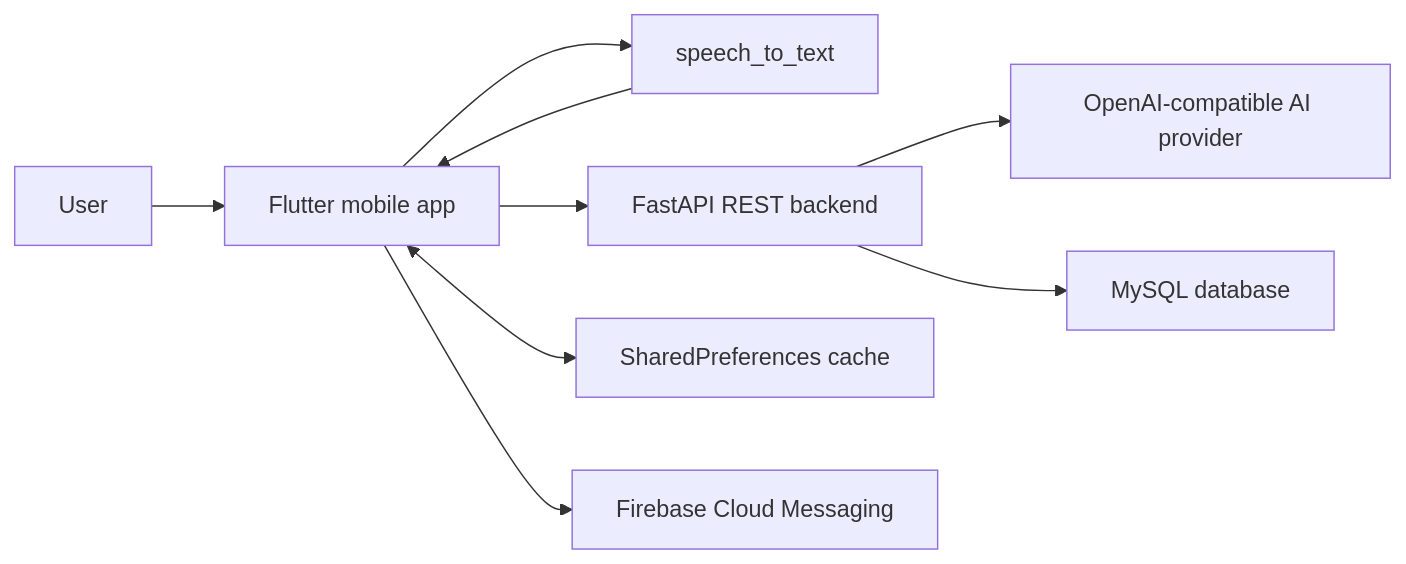
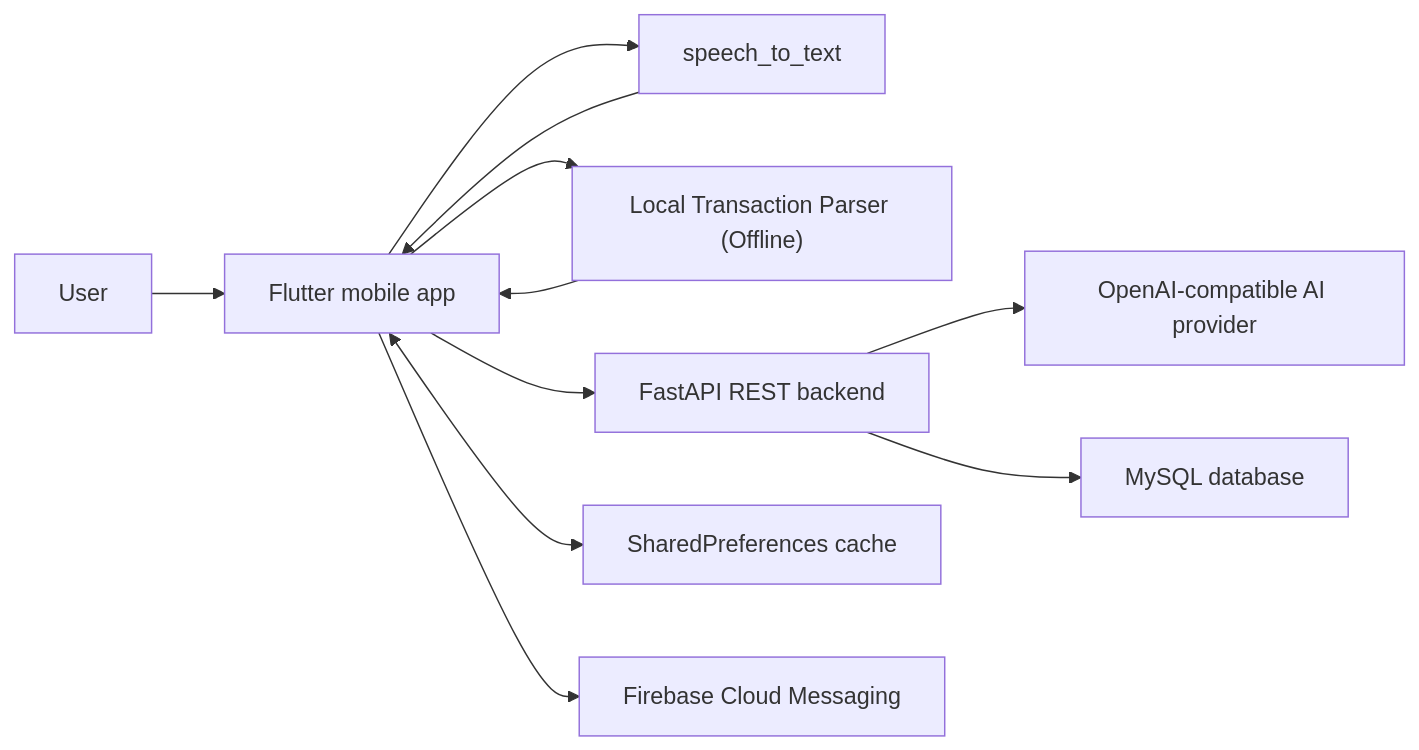
One commit to ttanh00123/projectfina changed the first of 5 diagrams in TECHNICAL_OVERVIEW.md. Above: the diagram before and after it, drawn with Mermaid. The commit also changed other lines of this file, not shown here.

````diff
--- a/TECHNICAL_OVERVIEW.md
+++ b/TECHNICAL_OVERVIEW.md
@@ -17,20 +13,23 @@
 ```mermaid
 flowchart LR
     User["User"]
     App["Flutter mobile app"]
     STT["speech_to_text"]
+    LocalParser["Local Transaction Parser (Offline)"]
     API["FastAPI REST backend"]
     AI["OpenAI-compatible AI provider"]
     DB["MySQL database"]
     Cache["SharedPreferences cache"]
     FCM["Firebase Cloud Messaging"]
 
     User --> App
     App --> STT
     STT --> App
+    App --> LocalParser
+    LocalParser --> App
     App --> API
     API --> AI
     API --> DB
     App <--> Cache
     App --> FCM
 ```
````
